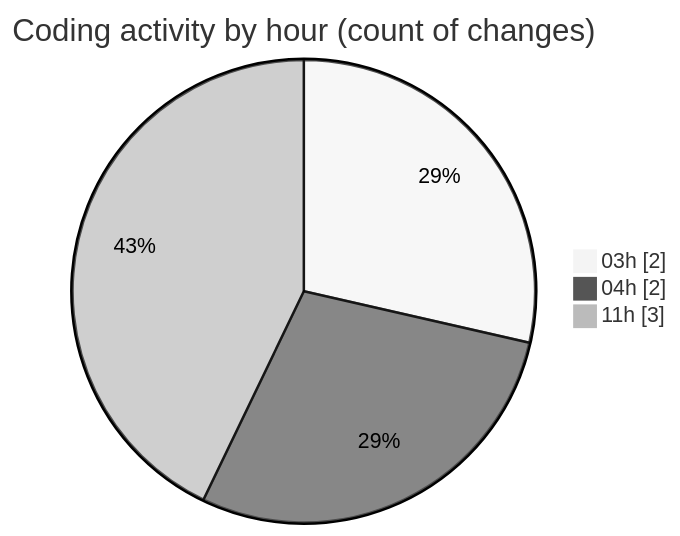
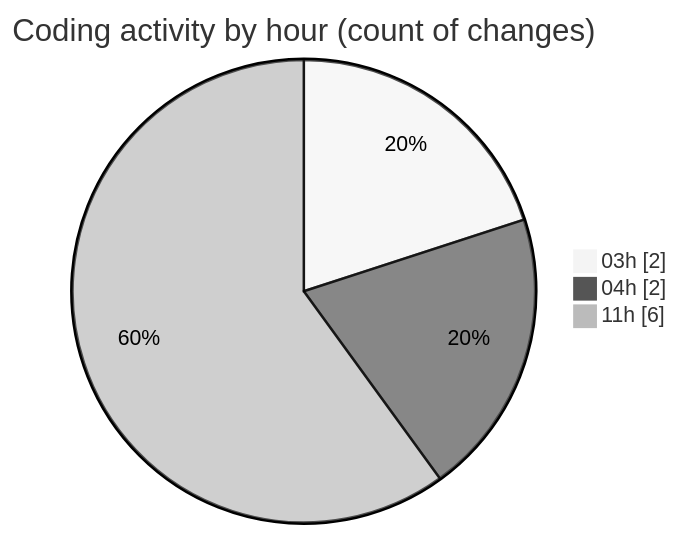
One commit to FelipKnott/code-tracking changed the second of 2 diagrams in 2025-07-04/cursor/README.md. Above: the diagram before and after it, drawn with Mermaid (neutral theme). The commit also changed other lines of this file and 1 other file, not shown here.

````diff
--- a/2025-07-04/cursor/README.md
+++ b/2025-07-04/cursor/README.md
@@ -32,7 +34,7 @@
 ```mermaid
 pie showData
 title Coding activity by hour (count of changes)
 "03h" : 2
 "04h" : 2
-"11h" : 3
+"11h" : 6
 ```
````
